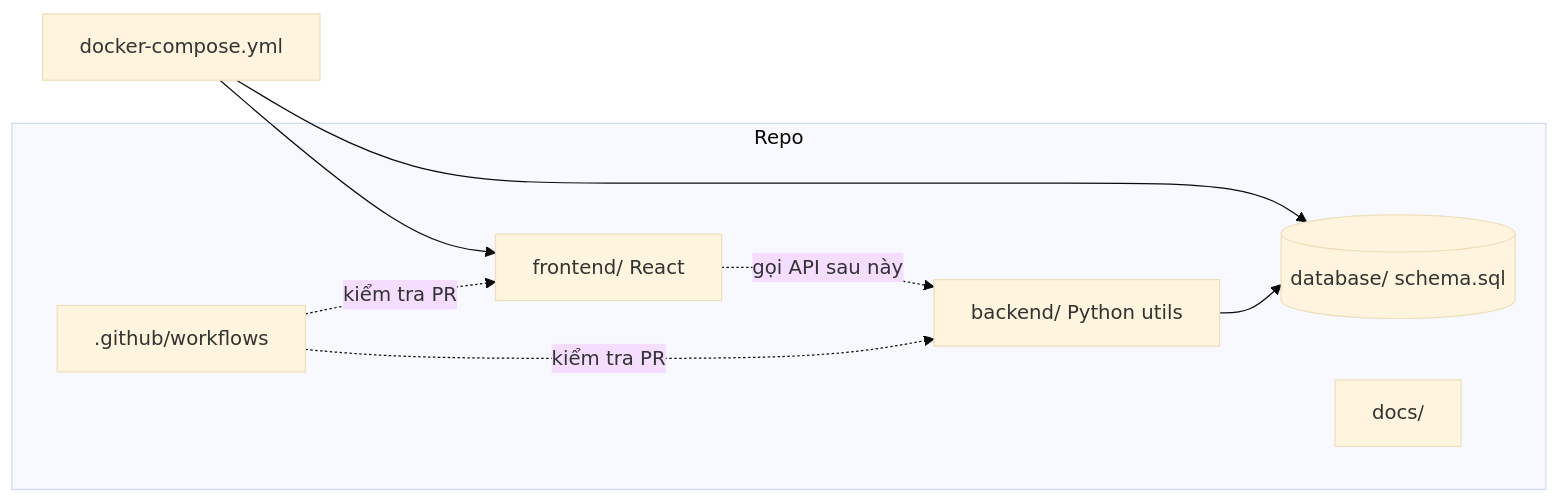
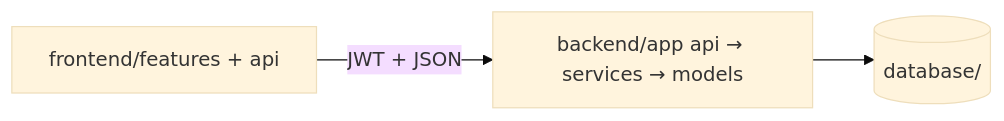
The diagram in README.md (AnLT206/Product_Backlog_Internship_Ictu), drawn with Mermaid (base theme) before and after one commit. The commit also changed other lines of this file and 1 other file, not shown here.

````diff
--- a/README.md
+++ b/README.md
@@ -123,19 +123,9 @@
 ```mermaid
 flowchart LR
-  subgraph Repo
-    FE[frontend/ React]
-    BE[backend/ Python utils]
-    DB[(database/ schema.sql)]
-    DOC[docs/]
-    CI[.github/workflows]
-  end
+  FE[frontend/features + api]
+  BE[backend/app api → services → models]
+  DB[(database/)]
 
-  DC[docker-compose.yml]
-
-  DC --> FE
-  DC --> DB
-  FE -. gọi API sau này .-> BE
+  FE -->|JWT + JSON| BE
   BE --> DB
-  CI -. kiểm tra PR .-> FE
-  CI -. kiểm tra PR .-> BE
 ```
````
